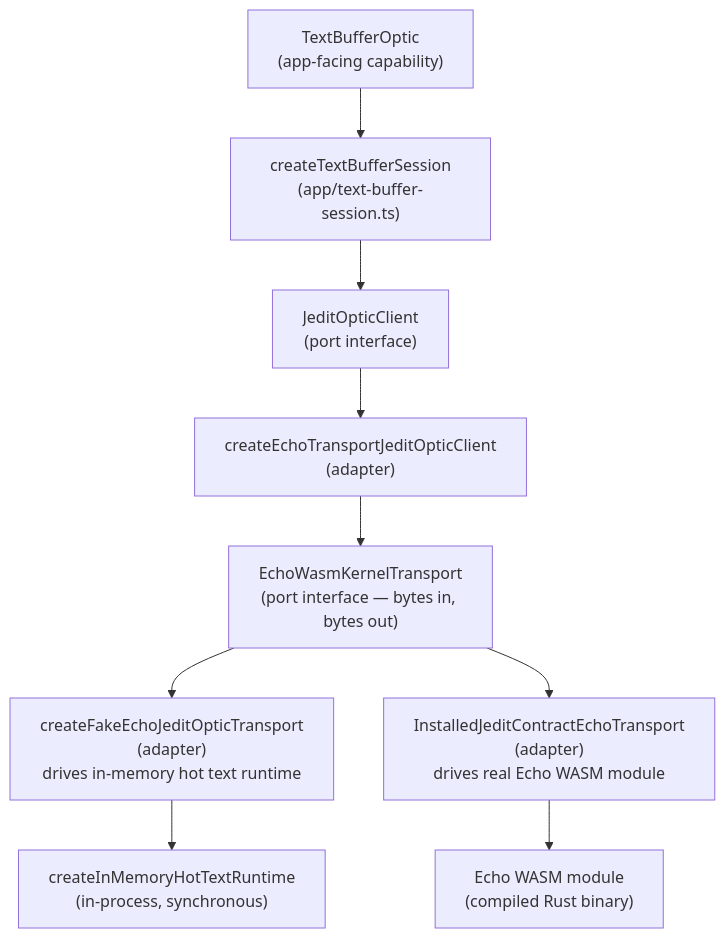
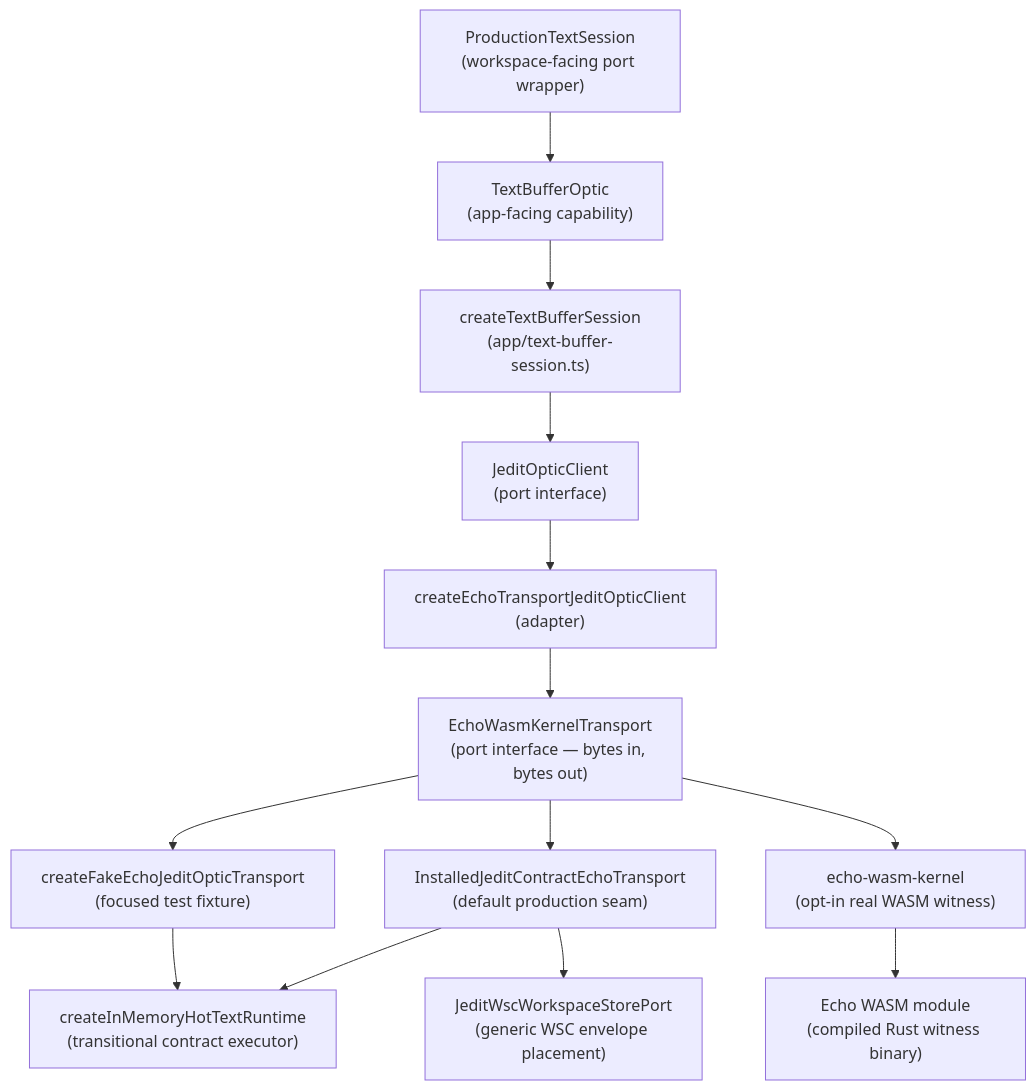
Before and after one commit to flyingrobots/jedit: diagram 16 of 21 in docs/technical-teardown.md, drawn with Mermaid. The commit also changed other lines of this file, not shown here.

Commit message:
docs: refresh jedit technical teardown

````diff
--- a/docs/technical-teardown.md
+++ b/docs/technical-teardown.md
@@ -1149,21 +1234,28 @@
 ```mermaid
 graph TD
+    PROD["ProductionTextSession<br />(workspace-facing port wrapper)"]
     OPTIC["TextBufferOptic<br />(app-facing capability)"]
     SESSION["createTextBufferSession<br />(app/text-buffer-session.ts)"]
     CLIENT["JeditOpticClient<br />(port interface)"]
     TRANSPORT_CLIENT["createEchoTransportJeditOpticClient<br />(adapter)"]
     TRANSPORT["EchoWasmKernelTransport<br />(port interface — bytes in, bytes out)"]
-    FAKE["createFakeEchoJeditOpticTransport<br />(adapter)<br />drives in-memory hot text runtime"]
-    REAL["InstalledJeditContractEchoTransport<br />(adapter)<br />drives real Echo WASM module"]
-    RUNTIME["createInMemoryHotTextRuntime<br />(in-process, synchronous)"]
-    WASM["Echo WASM module<br />(compiled Rust binary)"]
+    INSTALLED["InstalledJeditContractEchoTransport<br />(default production seam)"]
+    FAKE["createFakeEchoJeditOpticTransport<br />(focused test fixture)"]
+    WITNESS["echo-wasm-kernel<br />(opt-in real WASM witness)"]
+    HOT["createInMemoryHotTextRuntime<br />(transitional contract executor)"]
+    WSC["JeditWscWorkspaceStorePort<br />(generic WSC envelope placement)"]
+    WASM["Echo WASM module<br />(compiled Rust witness binary)"]
 
+    PROD --> OPTIC
     OPTIC --> SESSION
     SESSION --> CLIENT
     CLIENT --> TRANSPORT_CLIENT
     TRANSPORT_CLIENT --> TRANSPORT
+    TRANSPORT --> INSTALLED
     TRANSPORT --> FAKE
-    TRANSPORT --> REAL
-    FAKE --> RUNTIME
-    REAL --> WASM
+    TRANSPORT --> WITNESS
+    INSTALLED --> HOT
+    INSTALLED --> WSC
+    FAKE --> HOT
+    WITNESS --> WASM
 ```
````
